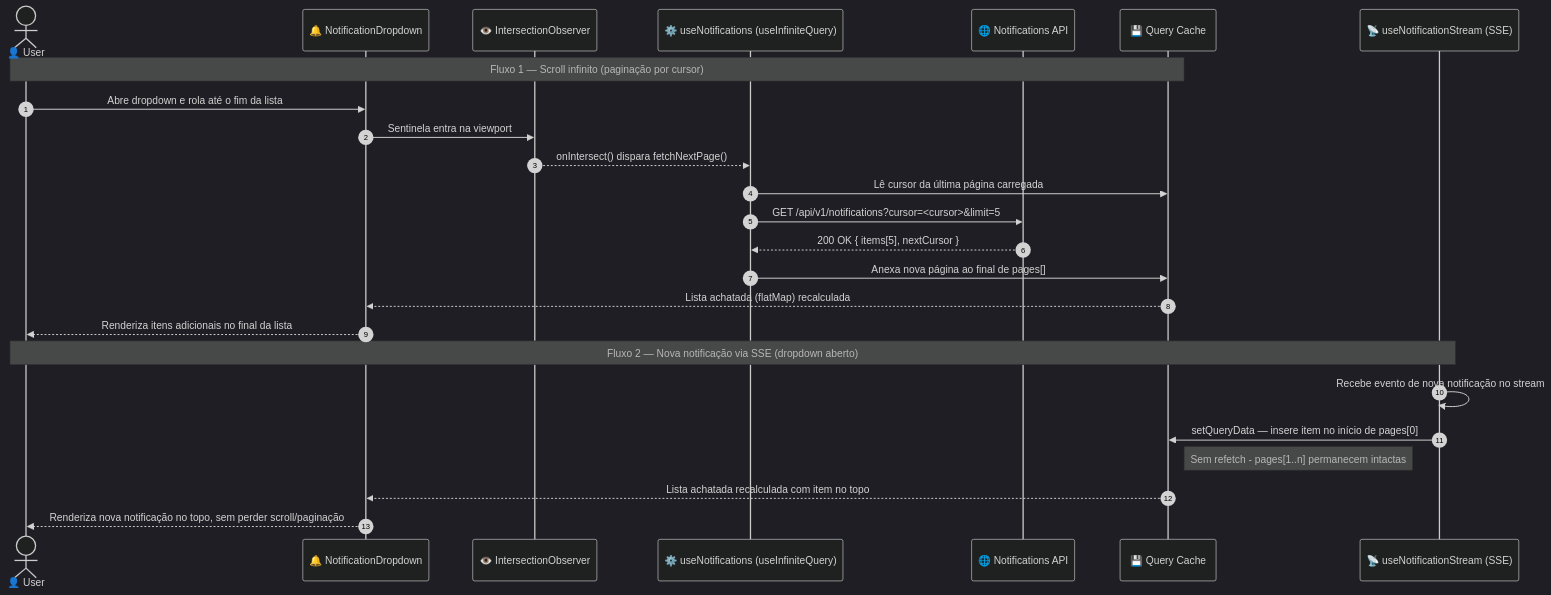
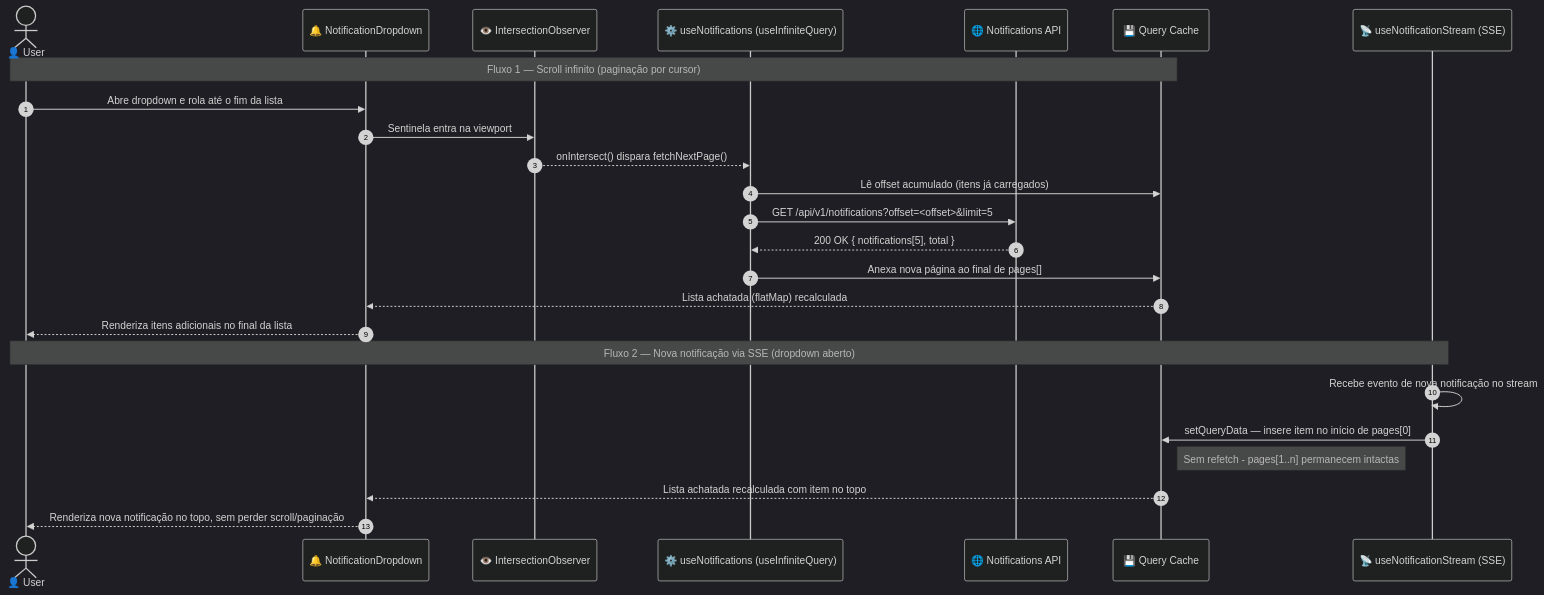
Before and after one commit to Cahmoraes/clean-arch-solid-ddd: the diagram in docs/superpowers/notificacoes-scroll-infinito/specs/notificacoes-scroll-infinito-design.md, drawn with Mermaid (dark theme). The commit also changed other lines of this file and 2 other files, not shown here.

````diff
--- a/docs/superpowers/notificacoes-scroll-infinito/specs/notificacoes-scroll-infinito-design.md
+++ b/docs/superpowers/notificacoes-scroll-infinito/specs/notificacoes-scroll-infinito-design.md
@@ -54,29 +62,29 @@
 ```mermaid
 sequenceDiagram
     autonumber
     actor User as 👤 User
     participant Dropdown as 🔔 NotificationDropdown
     participant Sentinel as 👁️ IntersectionObserver
     participant Hook as ⚙️ useNotifications (useInfiniteQuery)
     participant API as 🌐 Notifications API
     participant Cache as 💾 Query Cache
     participant SSE as 📡 useNotificationStream (SSE)
 
     Note over User,Cache: Fluxo 1 — Scroll infinito (paginação por cursor)
     User->>Dropdown: Abre dropdown e rola até o fim da lista
     Dropdown->>Sentinel: Sentinela entra na viewport
     Sentinel-->>Hook: onIntersect() dispara fetchNextPage()
-    Hook->>Cache: Lê cursor da última página carregada
-    Hook->>API: GET /api/v1/notifications?cursor=<cursor>&limit=5
-    API-->>Hook: 200 OK { items[5], nextCursor }
+    Hook->>Cache: Lê offset acumulado (itens já carregados)
+    Hook->>API: GET /api/v1/notifications?offset=<offset>&limit=5
+    API-->>Hook: 200 OK { notifications[5], total }
     Hook->>Cache: Anexa nova página ao final de pages[]
     Cache-->>Dropdown: Lista achatada (flatMap) recalculada
     Dropdown-->>User: Renderiza itens adicionais no final da lista
 
     Note over User,SSE: Fluxo 2 — Nova notificação via SSE (dropdown aberto)
     SSE->>SSE: Recebe evento de nova notificação no stream
     SSE->>Cache: setQueryData — insere item no início de pages[0]
     Note right of Cache: Sem refetch - pages[1..n] permanecem intactas
     Cache-->>Dropdown: Lista achatada recalculada com item no topo
     Dropdown-->>User: Renderiza nova notificação no topo, sem perder scroll/paginação
 ```
````
